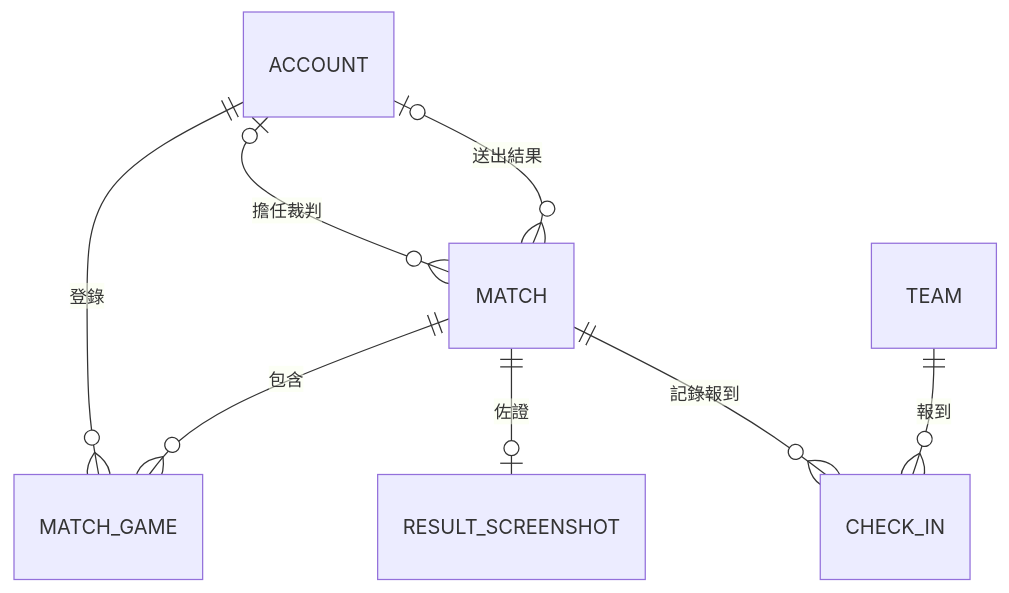
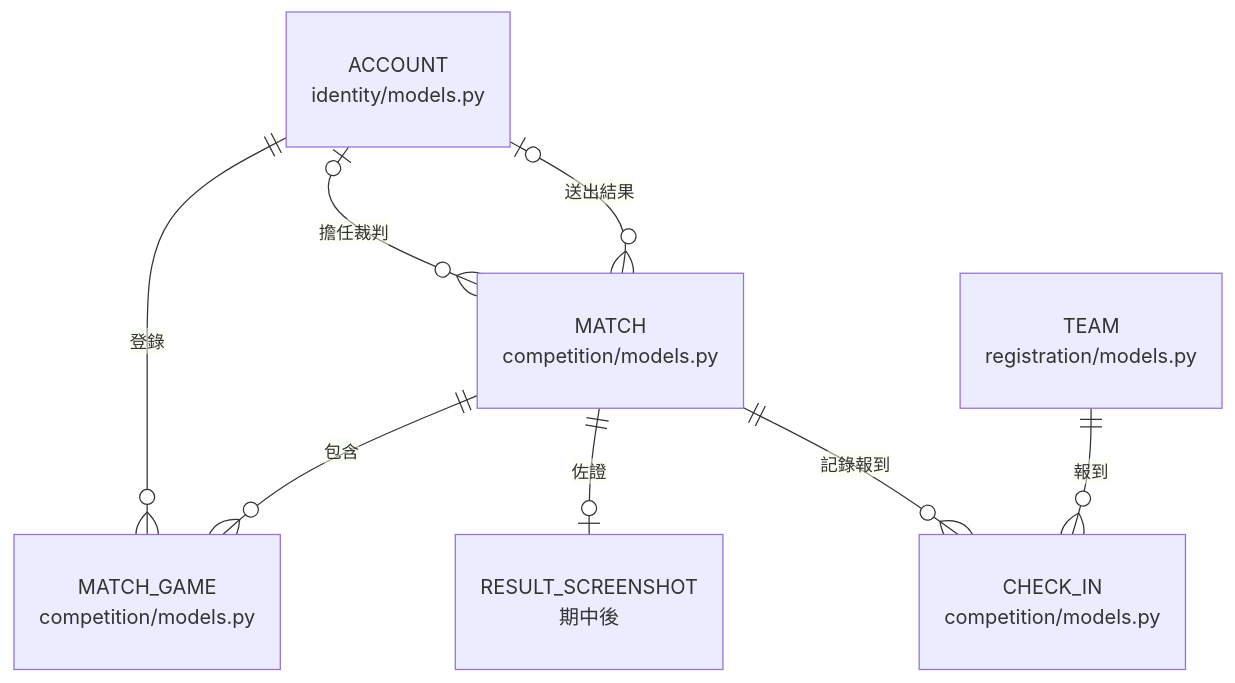
The ninth of 19 diagrams in docs/midterm/B-軟體需求分析文件.md (Team14good/esport-platform), drawn with Mermaid before and after one commit. The commit also changed other lines of this file and 27 other files, not shown here.

First line of the commit message:
docs: B、C、D 其餘的圖全部對照程式標註

````diff
--- a/docs/midterm/B-軟體需求分析文件.md
+++ b/docs/midterm/B-軟體需求分析文件.md
@@ -767,10 +785,16 @@
 ```mermaid
 erDiagram
+  ACCOUNT["ACCOUNT<br/>identity/models.py"]
+  MATCH["MATCH<br/>competition/models.py"]
+  MATCH_GAME["MATCH_GAME<br/>competition/models.py"]
+  RESULT_SCREENSHOT["RESULT_SCREENSHOT<br/>期中後"]
+  CHECK_IN["CHECK_IN<br/>competition/models.py"]
+  TEAM["TEAM<br/>registration/models.py"]
   ACCOUNT |o--o{ MATCH : "擔任裁判"
   ACCOUNT |o--o{ MATCH : "送出結果"
   ACCOUNT ||--o{ MATCH_GAME : "登錄"
   MATCH ||--o{ MATCH_GAME : "包含"
   MATCH ||--o| RESULT_SCREENSHOT : "佐證"
   MATCH ||--o{ CHECK_IN : "記錄報到"
   TEAM ||--o{ CHECK_IN : "報到"
 ```
````
